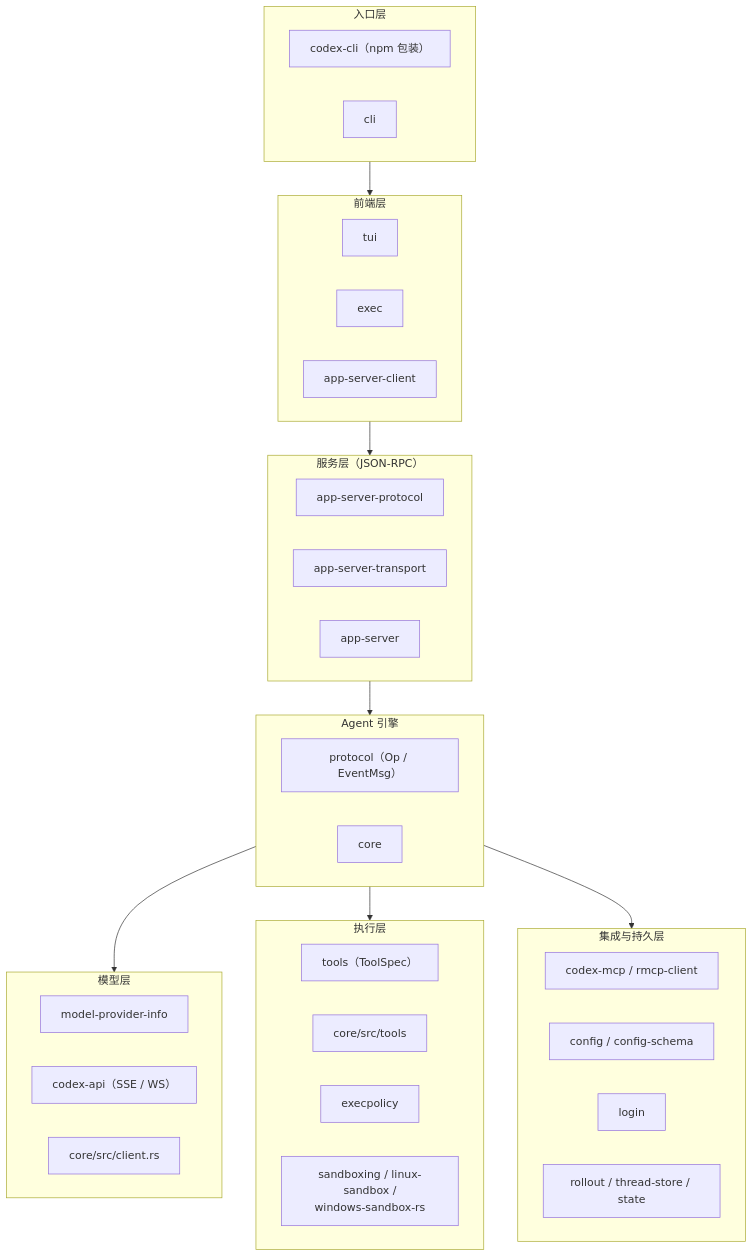
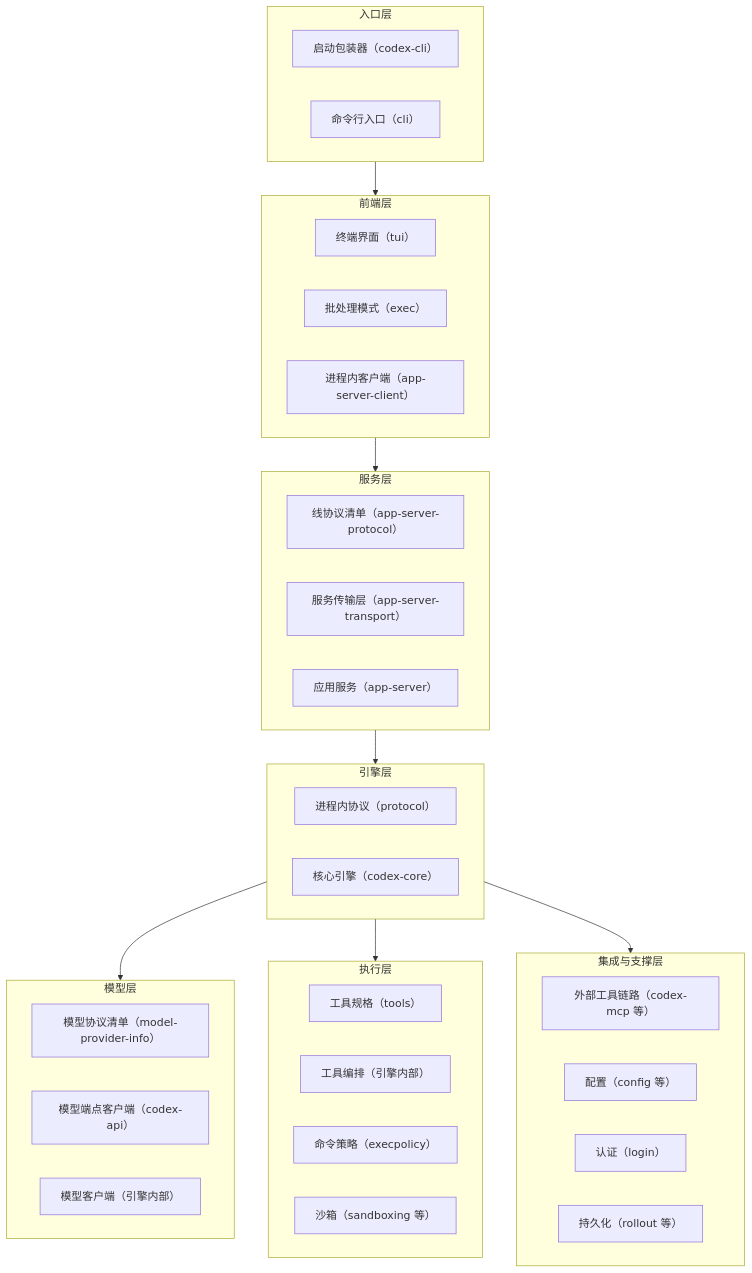
One commit to 13927/codex-book changed the diagram in src/part1/crate-map.md. Above: the diagram before and after it, drawn with Mermaid. The commit also changed other lines of this file and 14 other files, not shown here.

````diff
--- a/src/part1/crate-map.md
+++ b/src/part1/crate-map.md
@@ -42,43 +54,43 @@
 ```mermaid
 graph TD
     subgraph L1["入口层"]
-        CLIW["codex-cli（npm 包装）"]
-        CLI["cli"]
+        CLIW["启动包装器（codex-cli）"]
+        CLI["命令行入口（cli）"]
     end
     subgraph L2["前端层"]
-        TUI2["tui"]
-        EXEC2["exec"]
-        ASC["app-server-client"]
+        TUI2["终端界面（tui）"]
+        EXEC2["批处理模式（exec）"]
+        ASC["进程内客户端（app-server-client）"]
     end
-    subgraph L3["服务层（JSON-RPC）"]
-        ASP["app-server-protocol"]
-        AST["app-server-transport"]
-        AS["app-server"]
+    subgraph L3["服务层"]
+        ASP["线协议清单（app-server-protocol）"]
+        AST["服务传输层（app-server-transport）"]
+        AS["应用服务（app-server）"]
     end
-    subgraph L4["Agent 引擎"]
-        PROTO["protocol（Op / EventMsg）"]
-        CORE2["core"]
+    subgraph L4["引擎层"]
+        PROTO["进程内协议（protocol）"]
+        CORE2["核心引擎（codex-core）"]
     end
     subgraph L5["模型层"]
-        MPI["model-provider-info"]
-        CAPI["codex-api（SSE / WS）"]
-        CLIENT["core/src/client.rs"]
+        MPI["模型协议清单（model-provider-info）"]
+        CAPI["模型端点客户端（codex-api）"]
+        CLIENT["模型客户端（引擎内部）"]
     end
     subgraph L6["执行层"]
-        TOOLSC["tools（ToolSpec）"]
-        CTO["core/src/tools"]
-        EXP["execpolicy"]
-        SB["sandboxing / linux-sandbox /<br/>windows-sandbox-rs"]
+        TOOLSC["工具规格（tools）"]
+        CTO["工具编排（引擎内部）"]
+        EXP["命令策略（execpolicy）"]
+        SB["沙箱（sandboxing 等）"]
     end
-    subgraph L7["集成与持久层"]
-        MCPC["codex-mcp / rmcp-client"]
-        CFG["config / config-schema"]
-        LOGIN["login"]
-        ROLL["rollout / thread-store / state"]
+    subgraph L7["集成与支撑层"]
+        MCPC["外部工具链路（codex-mcp 等）"]
+        CFG["配置（config 等）"]
+        LOGIN["认证（login）"]
+        ROLL["持久化（rollout 等）"]
     end
 
     L1 --> L2 --> L3 --> L4
     L4 --> L5
     L4 --> L6
     L4 --> L7
 ```
````
